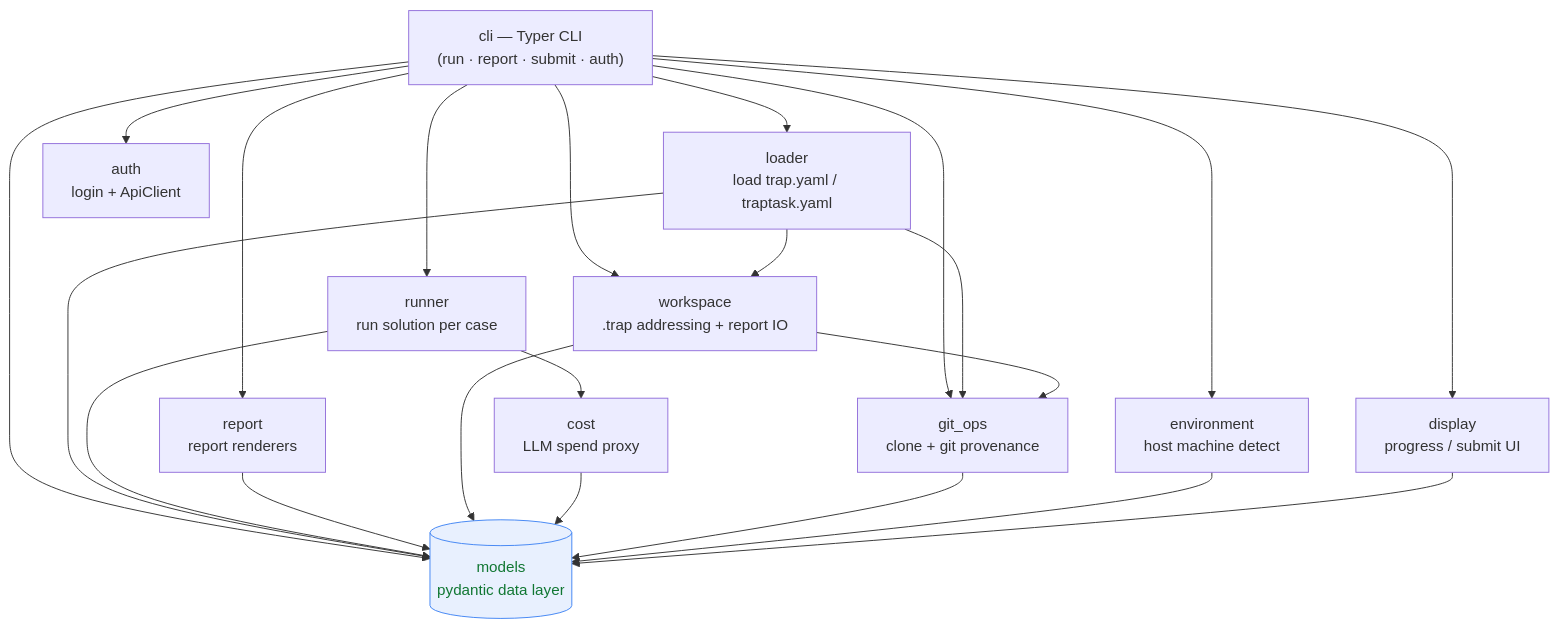
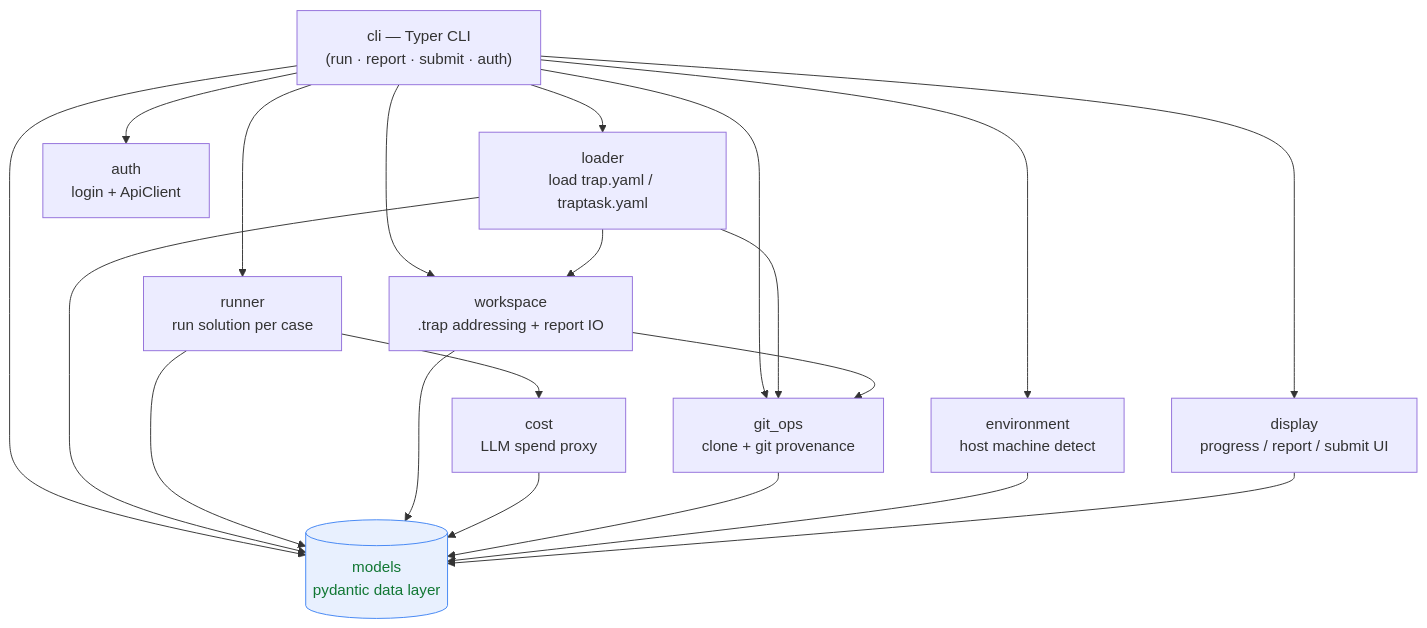
Before and after one commit to trapstreet/trap: the first of 3 diagrams in docs/code-map.md, drawn with Mermaid. The commit also changed other lines of this file and 7 other files, not shown here.

First line of the commit message:
refactor: merge the report package into display

````diff
--- a/docs/code-map.md
+++ b/docs/code-map.md
@@ -15,39 +15,36 @@
 ```mermaid
 graph TD
     cli["cli — Typer CLI<br/>(run · report · submit · auth)"]
     loader["loader<br/>load trap.yaml / traptask.yaml"]
     runner["runner<br/>run solution per case"]
-    report["report<br/>report renderers"]
     cost["cost<br/>LLM spend proxy"]
     git_ops["git_ops<br/>clone + git provenance"]
     environment["environment<br/>host machine detect"]
-    display["display<br/>progress / submit UI"]
+    display["display<br/>progress / report / submit UI"]
     auth["auth<br/>login + ApiClient"]
     workspace["workspace<br/>.trap addressing + report IO"]
     models[("models<br/>pydantic data layer")]
 
     cli --> loader
     cli --> runner
-    cli --> report
     cli --> git_ops
     cli --> environment
     cli --> display
     cli --> auth
     cli --> workspace
     cli --> models
     loader --> git_ops
     loader --> models
     loader --> workspace
     runner --> cost
     runner --> models
-    report --> models
     workspace --> git_ops
     workspace --> models
     cost --> models
     git_ops --> models
     environment --> models
     display --> models
 
     classDef data fill:#e8f0fe,stroke:#4285f4,color:#173;
     class models data;
 ```
````
